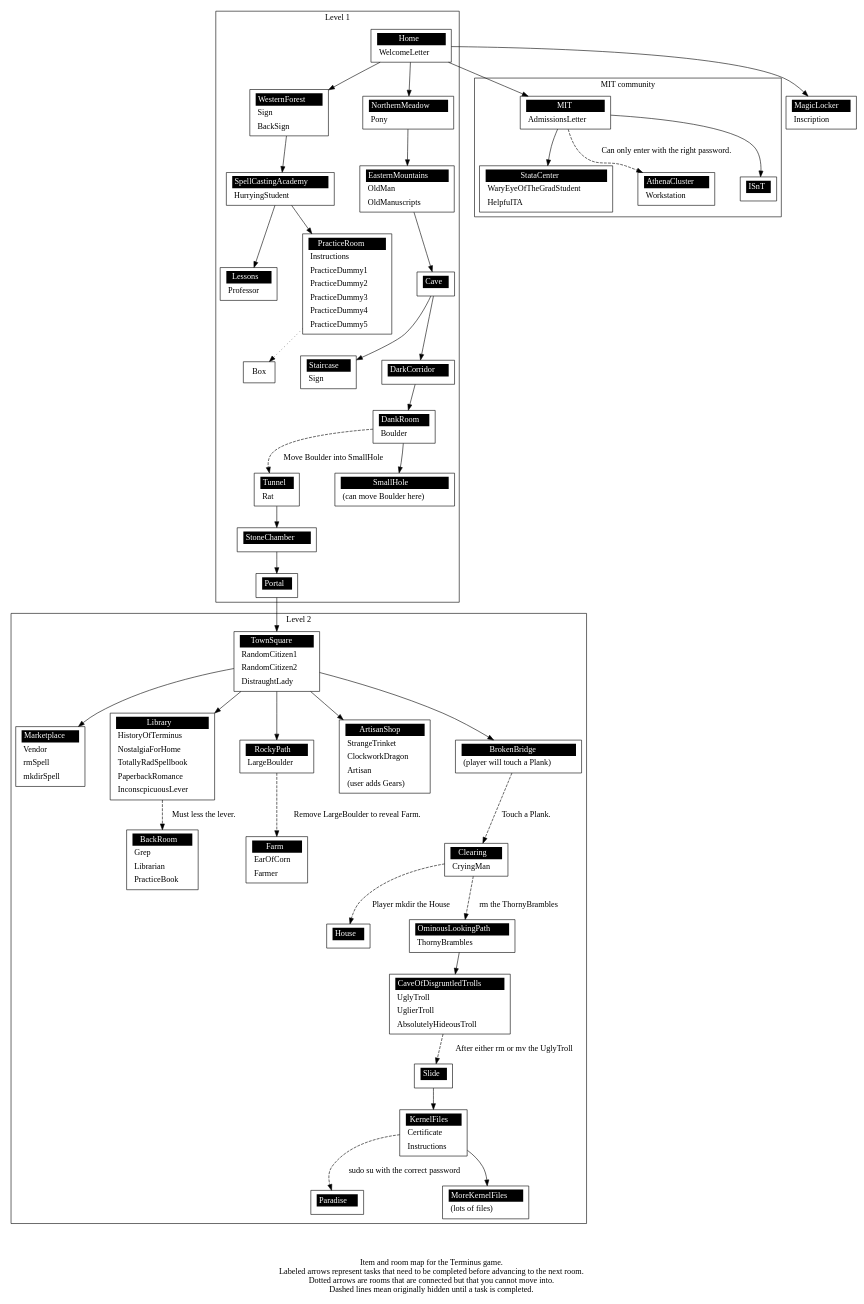
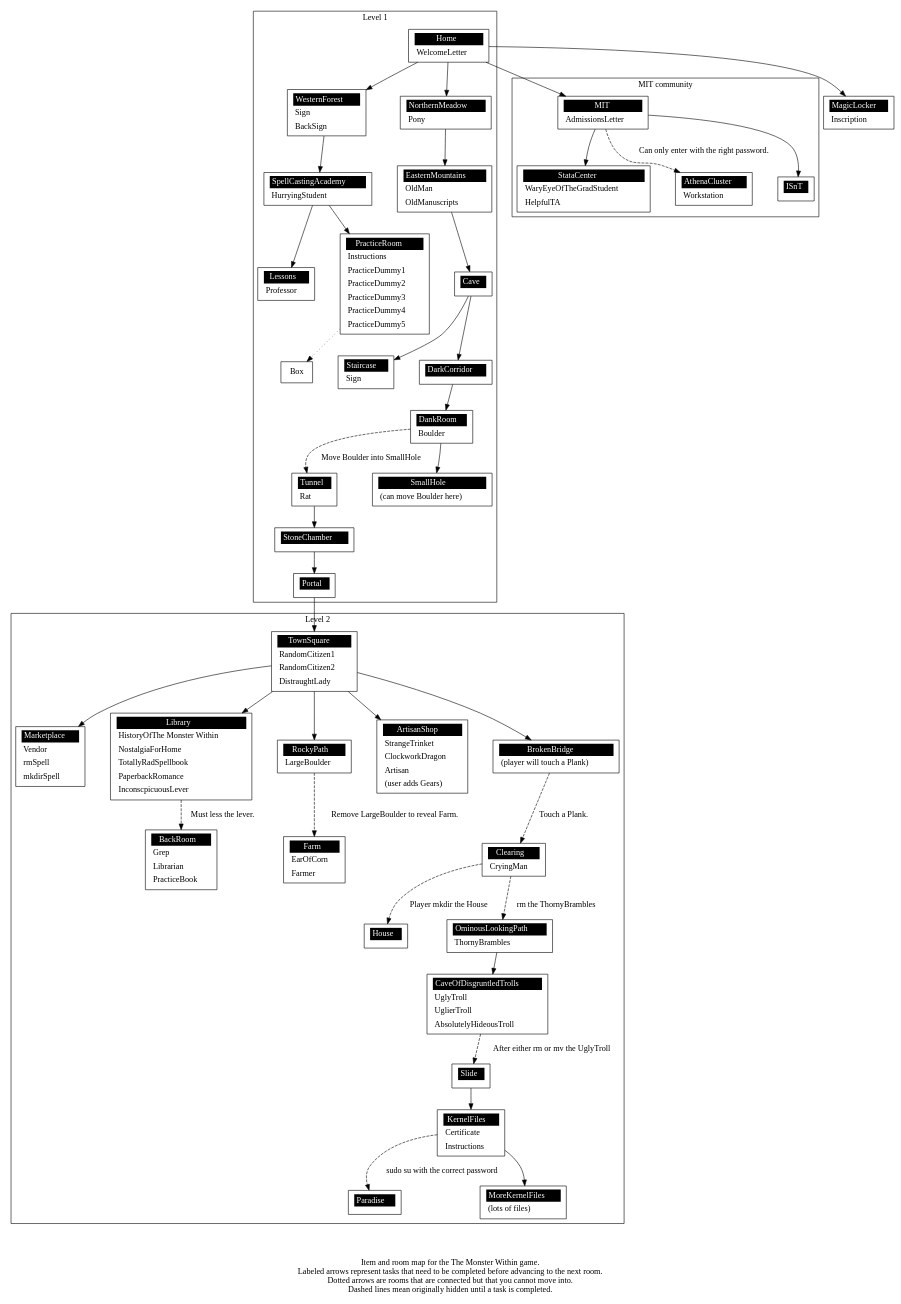
One commit to VerisimilitudeX/TheMonsterWithin changed the diagram in docs/level_map.gv. Above: the diagram before and after it, drawn with Graphviz. The commit also changed 7 other files, not shown here.

```diff
--- a/docs/level_map.gv
+++ b/docs/level_map.gv
@@ -124,7 +124,7 @@
 	"Library" [label = 
 	<<table border="0" cellborder="0" cellpadding="3" bgcolor="white"><tr>
 	<td bgcolor="black" align="center" colspan="2"><font color="white">Library</font></td></tr>
-	<tr><td align="left" port="r2">HistoryOfTerminus</td></tr>
+	<tr><td align="left" port="r2">HistoryOfThe Monster Within</td></tr>
 	<tr><td align="left" port="r3">NostalgiaForHome</td></tr>
 	<tr><td align="left" port="r0">TotallyRadSpellbook</td></tr>
 	<tr><td align="left" port="r1">PaperbackRomance</td></tr>
@@ -298,5 +298,5 @@
 
 	"Home" -> "MagicLocker";
 
-	label = "\n\n\nItem and room map for the Terminus game.\nLabeled arrows represent tasks that need to be completed before advancing to the next room.\nDotted arrows are rooms that are connected but that you cannot move into.\nDashed lines mean originally hidden until a task is completed.";
+	label = "\n\n\nItem and room map for the The Monster Within game.\nLabeled arrows represent tasks that need to be completed before advancing to the next room.\nDotted arrows are rooms that are connected but that you cannot move into.\nDashed lines mean originally hidden until a task is completed.";
 }
```
